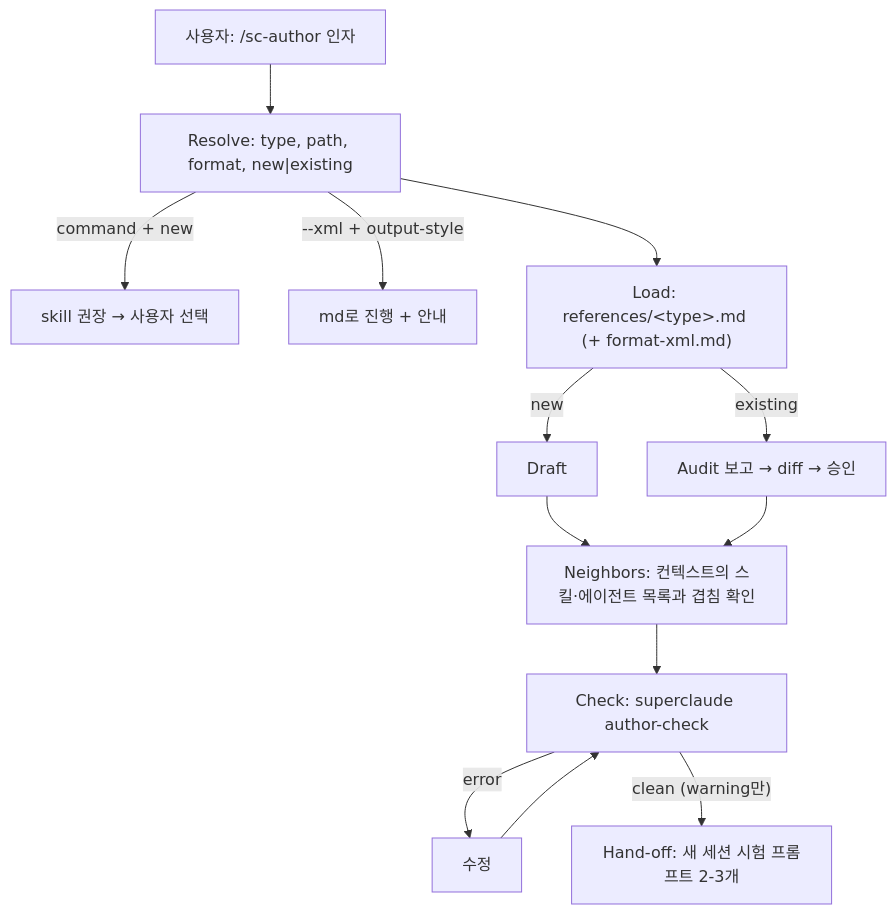
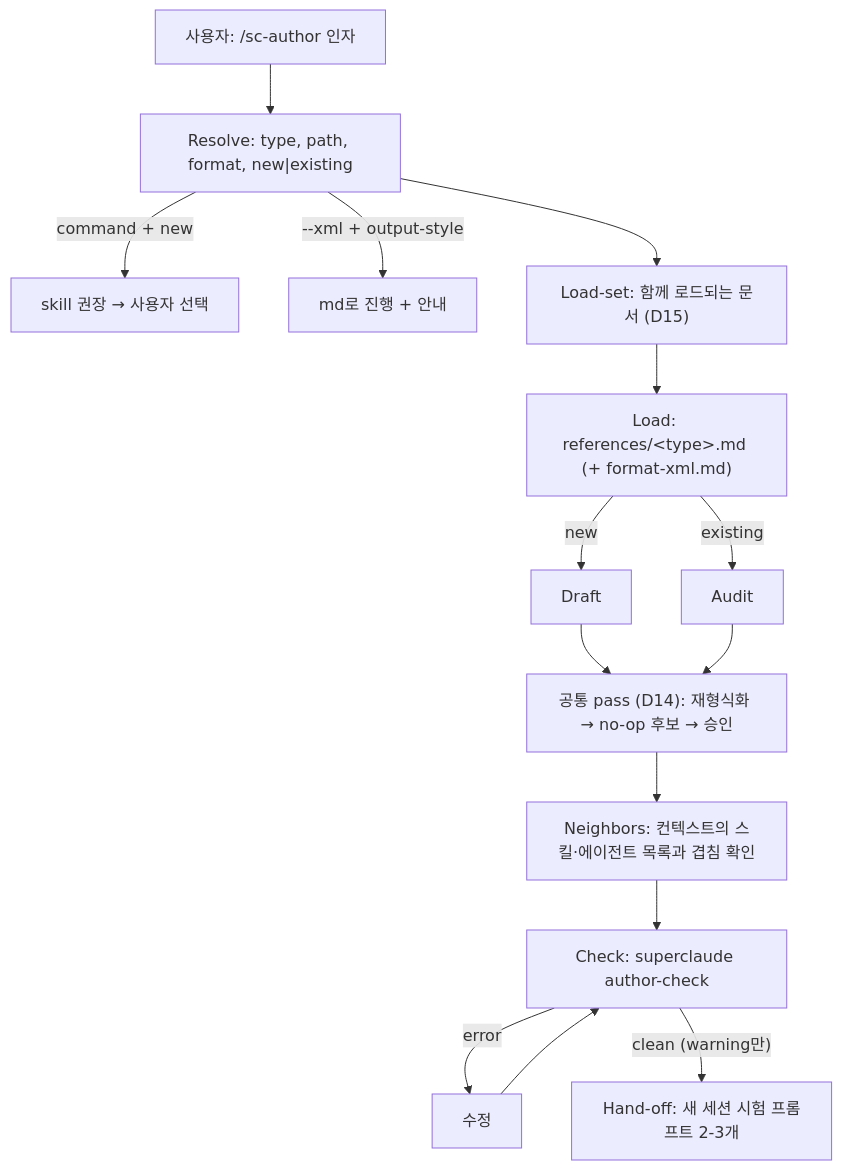
Before and after one commit to ajitta/superclaude: the second of 2 diagrams in docs/features/authoring-skill/04-design.md, drawn with Mermaid. The commit also changed other lines of this file and 3 other files, not shown here.

First line of the commit message:
docs(authoring-skill): resolve the D13 open items with a common pass, load-set and N rules

````diff
--- a/docs/features/authoring-skill/04-design.md
+++ b/docs/features/authoring-skill/04-design.md
@@ -83,14 +87,16 @@
 ```mermaid
 flowchart TD
   A["사용자: /sc-author 인자"] --> R["Resolve: type, path, format, new|existing"]
   R -->|"command + new"| P["skill 권장 → 사용자 선택"]
   R -->|"--xml + output-style"| M["md로 진행 + 안내"]
-  R --> L["Load: references/&lt;type&gt;.md (+ format-xml.md)"]
+  R --> LS["Load-set: 함께 로드되는 문서 (D15)"]
+  LS --> L["Load: references/&lt;type&gt;.md (+ format-xml.md)"]
   L -->|new| D["Draft"]
-  L -->|existing| AU["Audit 보고 → diff → 승인"]
-  D --> N["Neighbors: 컨텍스트의 스킬·에이전트 목록과 겹침 확인"]
-  AU --> N
+  L -->|existing| AU["Audit"]
+  D --> CP["공통 pass (D14): 재형식화 → no-op 후보 → 승인"]
+  AU --> CP
+  CP --> N["Neighbors: 컨텍스트의 스킬·에이전트 목록과 겹침 확인"]
   N --> C["Check: superclaude author-check"]
   C -->|"error"| FIX["수정"] --> C
   C -->|"clean (warning만)"| H["Hand-off: 새 세션 시험 프롬프트 2-3개"]
 ```
````
